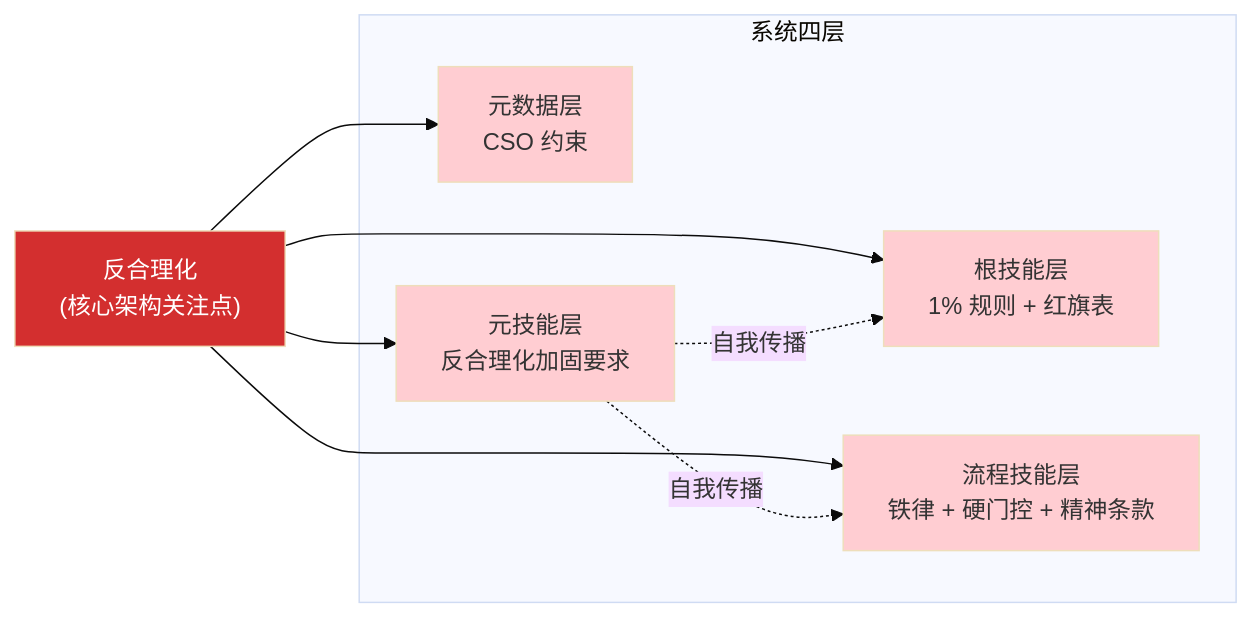
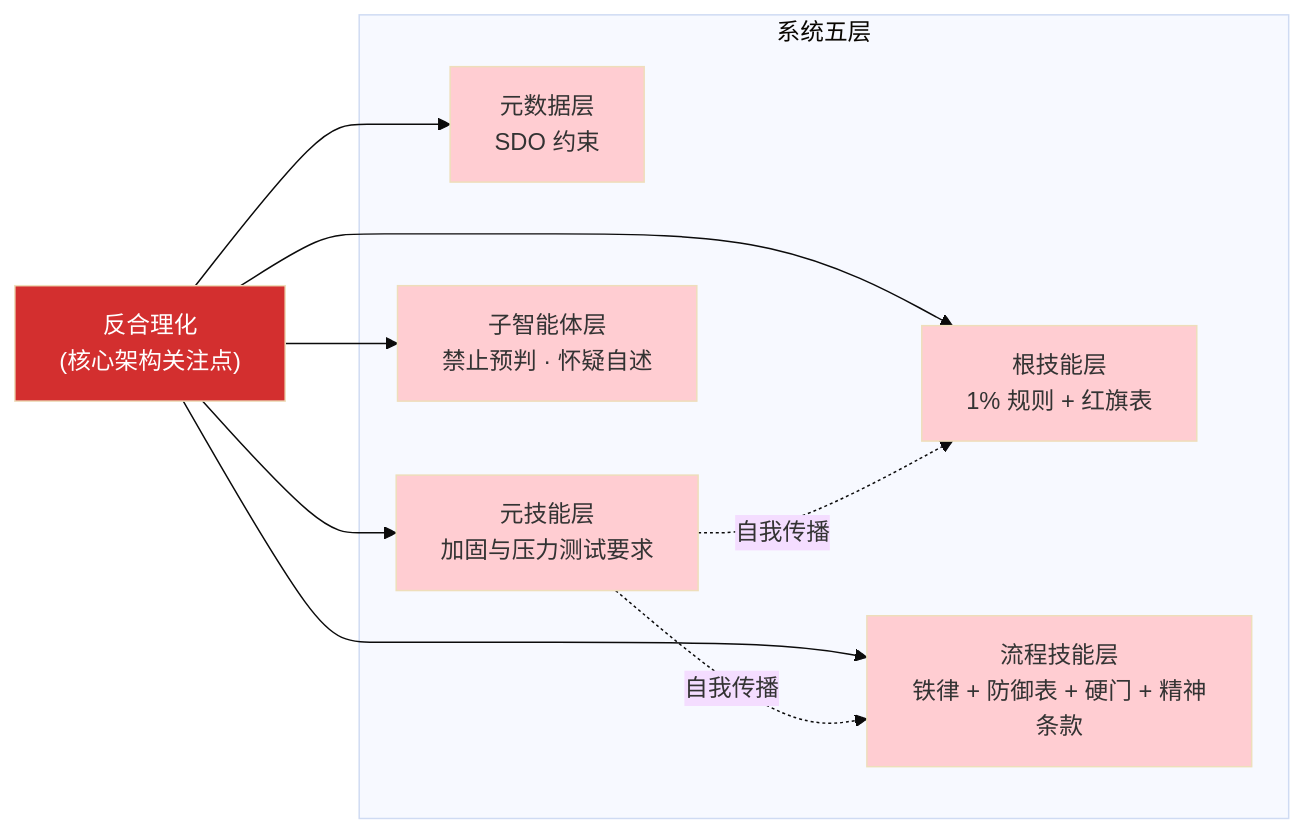
One commit to yongnianliu/superpowers changed the third of 3 diagrams in docs/zh/05-anti-rationalization.md. Above: the diagram before and after it, drawn with Mermaid (base theme). The commit also changed other lines of this file and 12 other files, not shown here.

````diff
--- a/docs/zh/05-anti-rationalization.md
+++ b/docs/zh/05-anti-rationalization.md
@@ -173,25 +196,28 @@
 ```mermaid
 graph LR
     AR["反合理化<br/>(核心架构关注点)"]
 
-    subgraph "系统四层"
+    subgraph "系统五层"
         L1["根技能层<br/>1% 规则 + 红旗表"]
-        L2["流程技能层<br/>铁律 + 硬门控 + 精神条款"]
-        L3["元数据层<br/>CSO 约束"]
-        L4["元技能层<br/>反合理化加固要求"]
+        L2["流程技能层<br/>铁律 + 防御表 + 硬门 + 精神条款"]
+        L3["元数据层<br/>SDO 约束"]
+        L4["元技能层<br/>加固与压力测试要求"]
+        L5["子智能体层<br/>禁止预判 · 怀疑自述"]
     end
 
     AR --> L1
     AR --> L2
     AR --> L3
     AR --> L4
+    AR --> L5
 
     L4 -.->|"自我传播"| L1
     L4 -.->|"自我传播"| L2
 
     style AR fill:#D32F2F,color:#fff
     style L1 fill:#FFCDD2
     style L2 fill:#FFCDD2
     style L3 fill:#FFCDD2
     style L4 fill:#FFCDD2
+    style L5 fill:#FFCDD2
 ```
````
